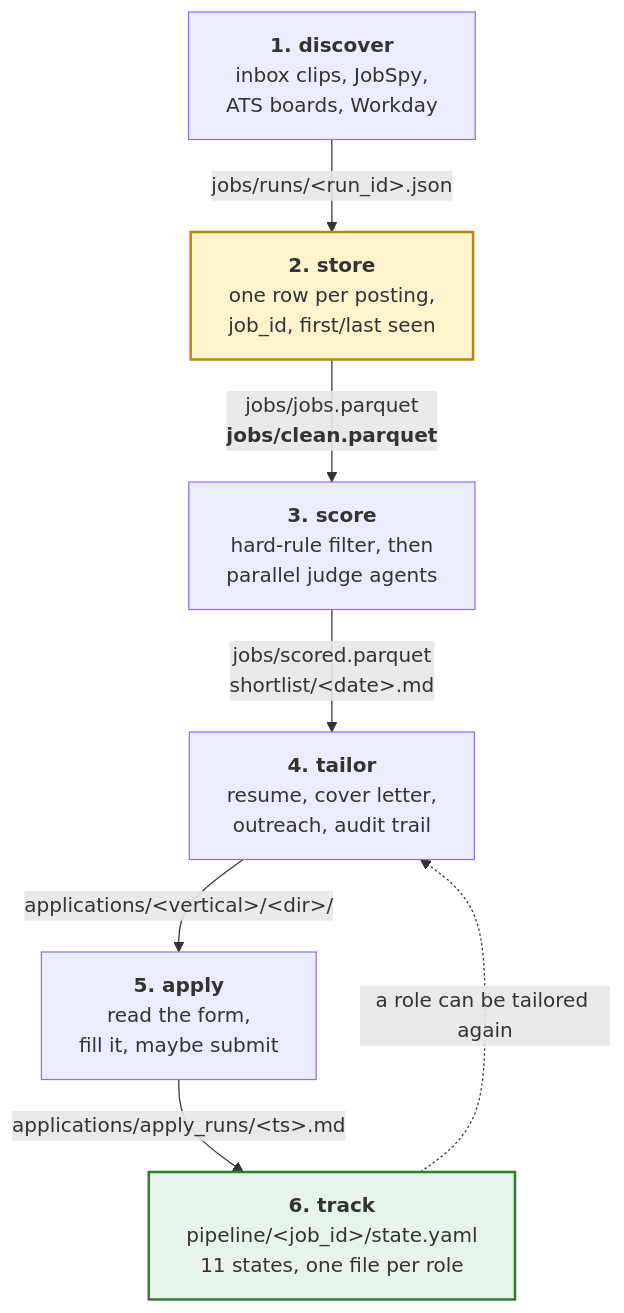
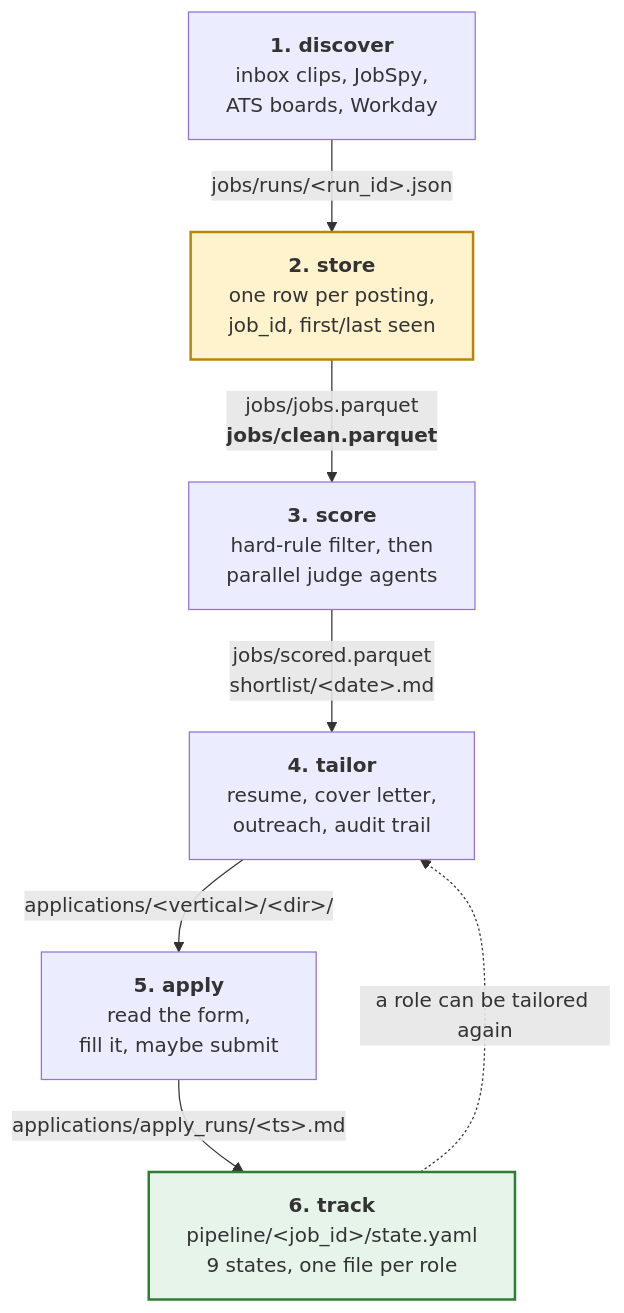
The diagram in README.md (abhishektuteja01/ApplYourself), drawn with Mermaid before and after one commit. The commit also changed other lines of this file and 12 other files, not shown here.

````diff
--- a/README.md
+++ b/README.md
@@ -56,19 +56,19 @@
 ```mermaid
 flowchart TD
     A["<b>1. discover</b><br/>inbox clips, JobSpy,<br/>ATS boards, Workday"]
     B["<b>2. store</b><br/>one row per posting,<br/>job_id, first/last seen"]
     C["<b>3. score</b><br/>hard-rule filter, then<br/>parallel judge agents"]
     D["<b>4. tailor</b><br/>resume, cover letter,<br/>outreach, audit trail"]
     E["<b>5. apply</b><br/>read the form,<br/>fill it, maybe submit"]
-    F["<b>6. track</b><br/>pipeline/&lt;job_id&gt;/state.yaml<br/>11 states, one file per role"]
+    F["<b>6. track</b><br/>pipeline/&lt;job_id&gt;/state.yaml<br/>9 states, one file per role"]
 
     A -->|"jobs/runs/&lt;run_id&gt;.json"| B
     B -->|"jobs/jobs.parquet<br/><b>jobs/clean.parquet</b>"| C
     C -->|"jobs/scored.parquet<br/>shortlist/&lt;date&gt;.md"| D
     D -->|"applications/&lt;vertical&gt;/&lt;dir&gt;/"| E
     E -->|"applications/apply_runs/&lt;ts&gt;.md"| F
     F -.->|"a role can be tailored again"| D
 
     style B fill:#fff3cd,stroke:#b8860b,stroke-width:2px
     style F fill:#e6f4ea,stroke:#2e7d32,stroke-width:2px
 ```
````
